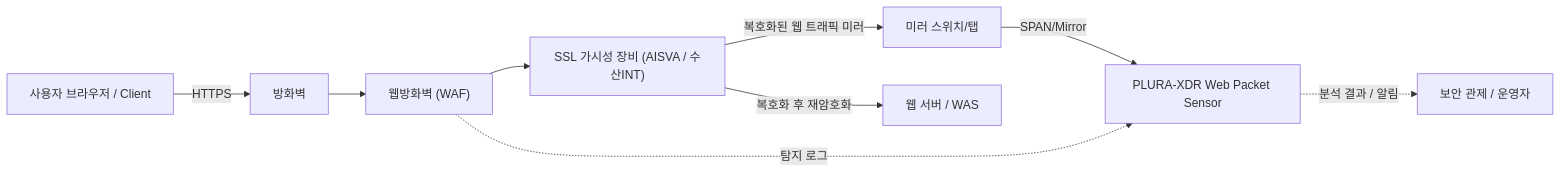
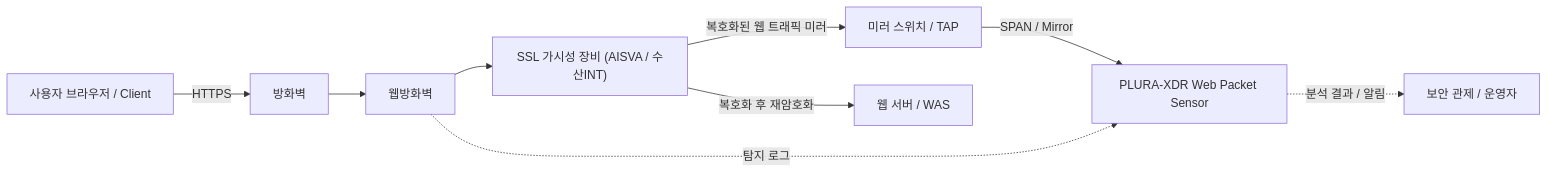
Before and after one commit to qubitsec/plura: the diagram in benefits/ko/web-traffic/web-packet-analysis.md, drawn with Mermaid.

````diff
--- a/benefits/ko/web-traffic/web-packet-analysis.md
+++ b/benefits/ko/web-traffic/web-packet-analysis.md
@@ -134,18 +134,18 @@
 ```mermaid
 graph LR
   C["사용자 브라우저 / Client"]
   FW["방화벽"]
-  WAF["웹방화벽 (WAF)"]
+  WAF["웹방화벽"]
   SSLV["SSL 가시성 장비 (AISVA / 수산INT)"]
-  SW["미러 스위치/탭"]
+  SW["미러 스위치 / TAP"]
   PLURA["PLURA-XDR Web Packet Sensor"]
   WAS["웹 서버 / WAS"]
   SIEM["보안 관제 / 운영자"]
 
   C -->|HTTPS| FW --> WAF --> SSLV -->|복호화 후 재암호화| WAS
 
-  SSLV -->|복호화된 웹 트래픽 미러| SW -->|SPAN/Mirror| PLURA
+  SSLV -->|복호화된 웹 트래픽 미러| SW -->|SPAN / Mirror| PLURA
 
   WAF -. 탐지 로그 .-> PLURA
   PLURA -. 분석 결과 / 알림 .-> SIEM
 ```
````
